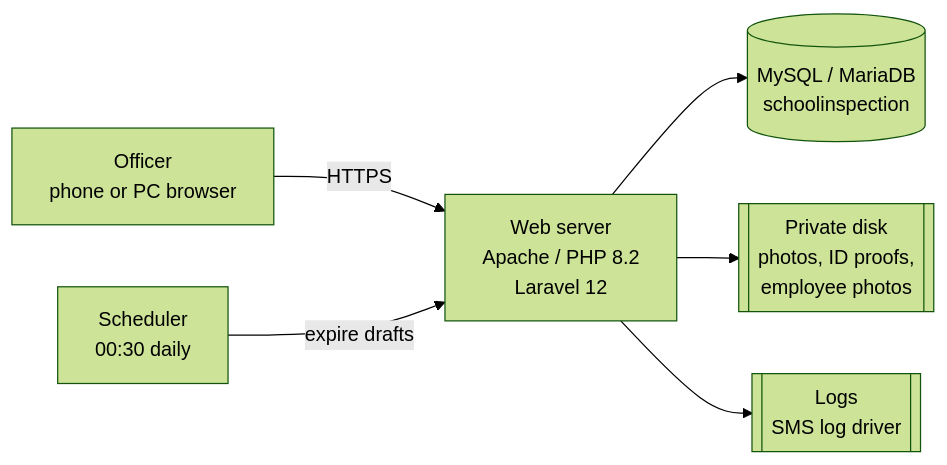
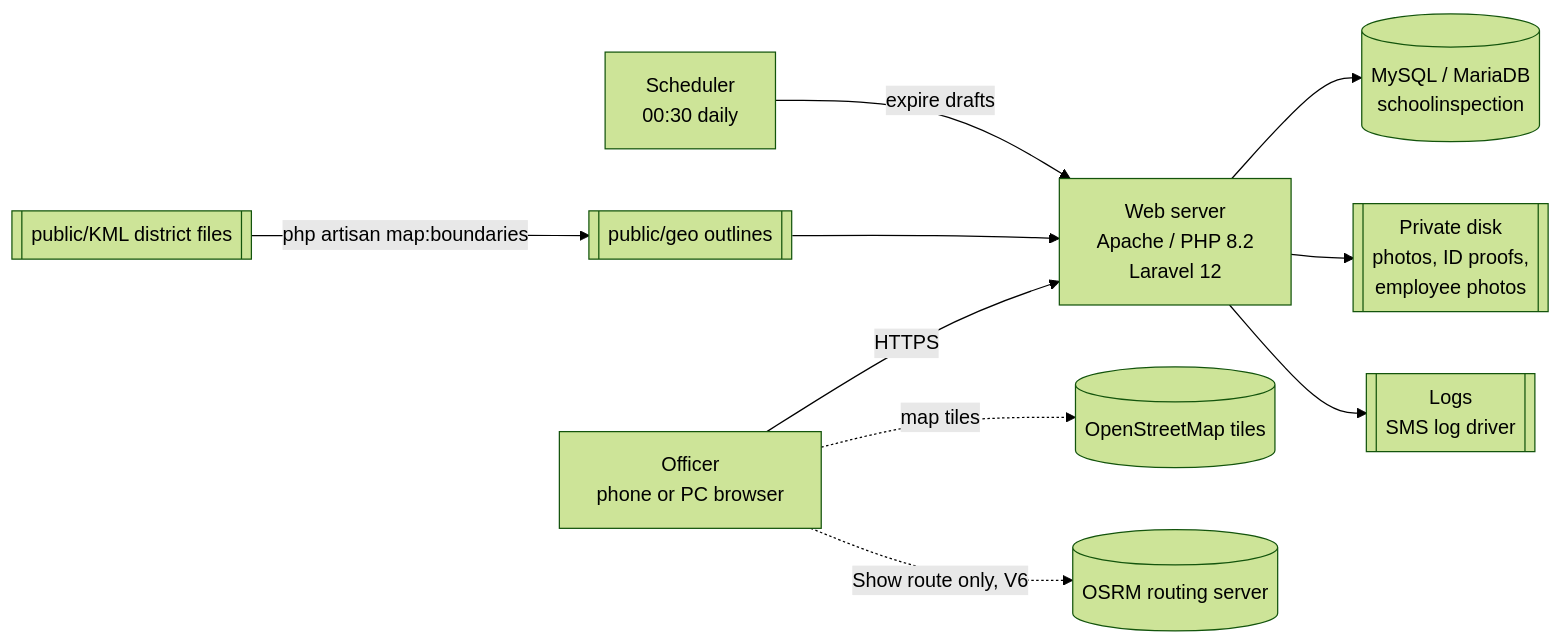
One commit to nathgunajit/school_inspection changed the first of 15 diagrams in PROJECT_DOCUMENT.md. Above: the diagram before and after it, drawn with Mermaid (forest theme). The commit also changed other lines of this file and 1 other file, not shown here.

Commit message:
Project document: all V6 modules, schema, developer guide and deploy checklist

````diff
--- a/PROJECT_DOCUMENT.md
+++ b/PROJECT_DOCUMENT.md
@@ -31,8 +37,12 @@
 ```mermaid
 flowchart LR
     O[Officer<br/>phone or PC browser] -->|HTTPS| W[Web server<br/>Apache / PHP 8.2<br/>Laravel 12]
     W --> DB[(MySQL / MariaDB<br/>schoolinspection)]
     W --> P[[Private disk<br/>photos, ID proofs,<br/>employee photos]]
     W --> L[[Logs<br/>SMS log driver]]
+    O -.->|map tiles| T[(OpenStreetMap tiles)]
+    O -.->|Show route only, V6| R[(OSRM routing server)]
+    K[[public/KML district files]] -->|php artisan map:boundaries| G[[public/geo outlines]]
+    G --> W
     S[Scheduler<br/>00:30 daily] -->|expire drafts| W
 ```
````
